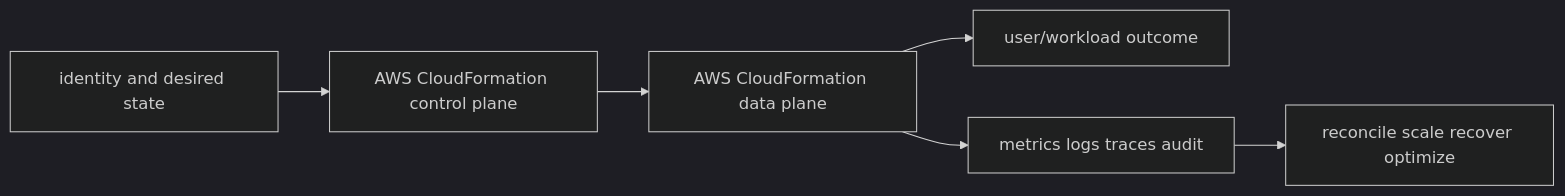
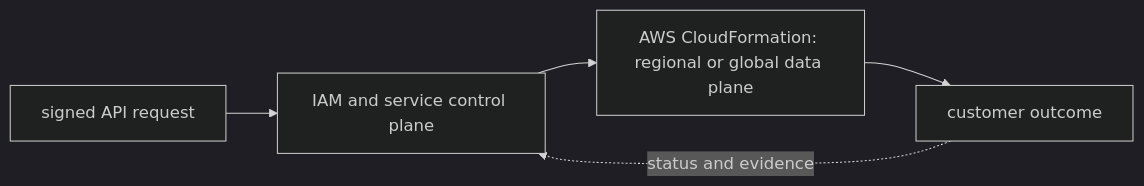
Before and after one commit to tomkidumbuyo/DevOps-interview-preparation: the diagram in 07-aws/10-infrastructure-delivery/01-cloudformation/README.md, drawn with Mermaid (dark theme). The commit also changed other lines of this file and 753 other files, not shown here.

````diff
--- a/07-aws/10-infrastructure-delivery/01-cloudformation/README.md
+++ b/07-aws/10-infrastructure-delivery/01-cloudformation/README.md
@@ -19,8 +31,7 @@
 ```mermaid
 flowchart LR
-  I[identity and desired state] --> C[AWS CloudFormation control plane]
-  C --> D[AWS CloudFormation data plane]
-  D --> U[user/workload outcome]
-  D --> O[metrics logs traces audit]
-  O --> R[reconcile scale recover optimize]
+  A["signed API request"] --> B["IAM and service control plane"]
+  B --> C["AWS CloudFormation: regional or global data plane"]
+  C --> D["customer outcome"]
+  D -. "status and evidence" .-> B
 ```
````
